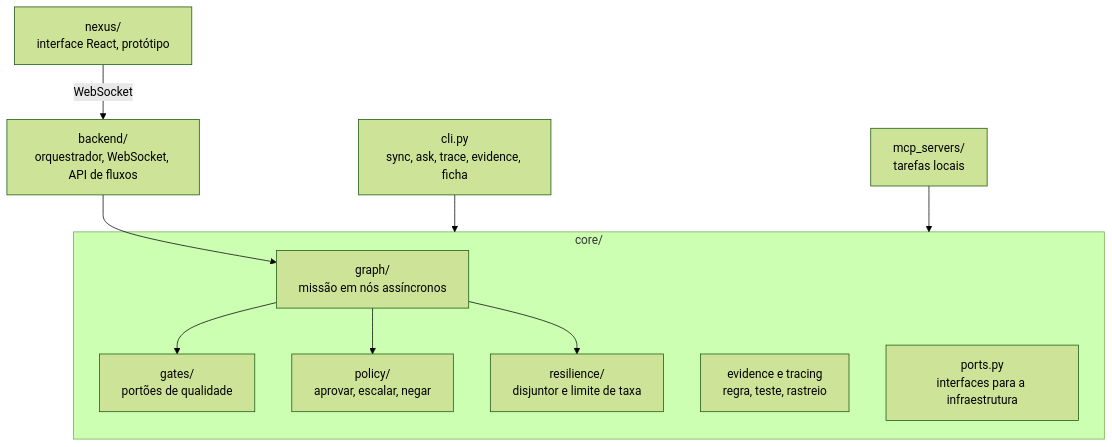
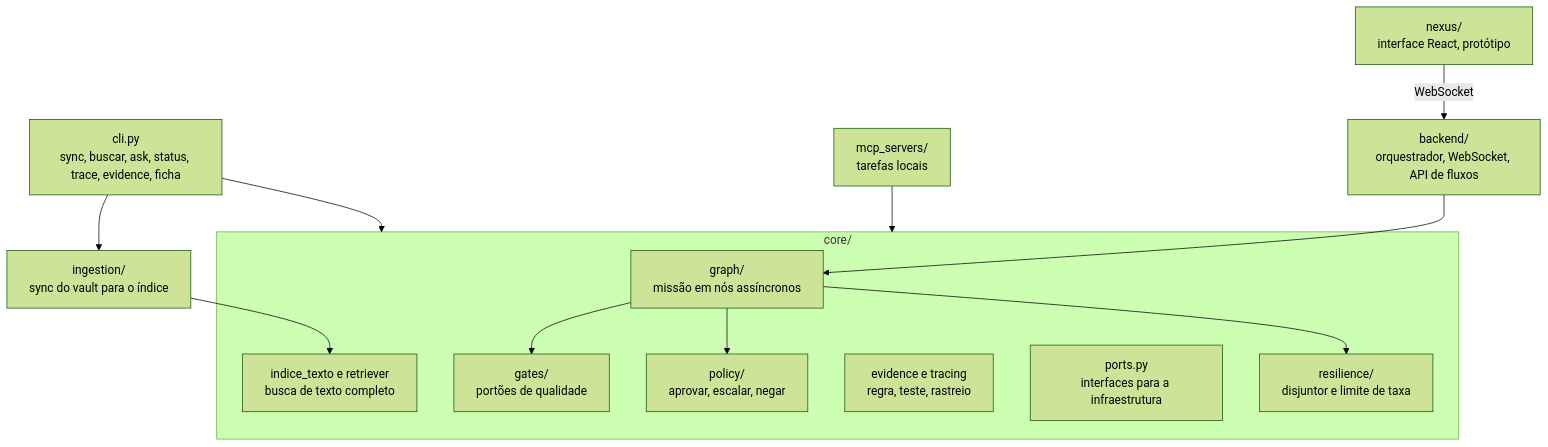
The second of 2 diagrams in fichas/second-brain-open/03-arquitetura.md (HuggsF/second-brain-open), drawn with Mermaid (forest theme) before and after one commit. The commit also changed other lines of this file and 11 other files, not shown here.

Commit message:
docs(ficha): ADR da busca textual, auditoria e README sem Docker

````diff
--- a/fichas/second-brain-open/03-arquitetura.md
+++ b/fichas/second-brain-open/03-arquitetura.md
@@ -21,22 +21,26 @@
 ```mermaid
 flowchart TB
-    cli[cli.py<br/>sync, ask, trace, evidence, ficha]
+    cli[cli.py<br/>sync, buscar, ask, status, trace, evidence, ficha]
+    ingestao[ingestion/<br/>sync do vault para o índice]
     mcp[mcp_servers/<br/>tarefas locais]
     backend[backend/<br/>orquestrador, WebSocket, API de fluxos]
     nexus[nexus/<br/>interface React, protótipo]
     subgraph nucleo[core/]
         grafo[graph/<br/>missão em nós assíncronos]
         portoes[gates/<br/>portões de qualidade]
         politica[policy/<br/>aprovar, escalar, negar]
         resil[resilience/<br/>disjuntor e limite de taxa]
         evid[evidence e tracing<br/>regra, teste, rastreio]
         portas[ports.py<br/>interfaces para a infraestrutura]
+        busca[indice_texto e retriever<br/>busca de texto completo]
     end
     cli --> nucleo
+    cli --> ingestao
+    ingestao --> busca
     mcp --> nucleo
     backend --> grafo
     nexus -->|WebSocket| backend
     grafo --> portoes
     grafo --> politica
     grafo --> resil
 ```
````
